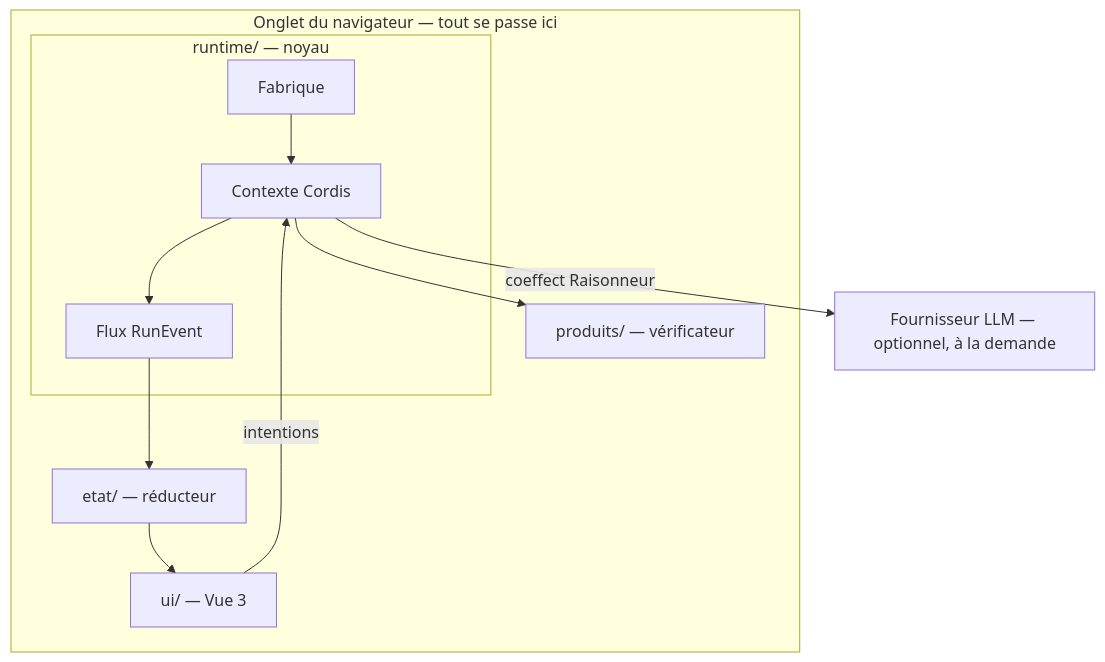
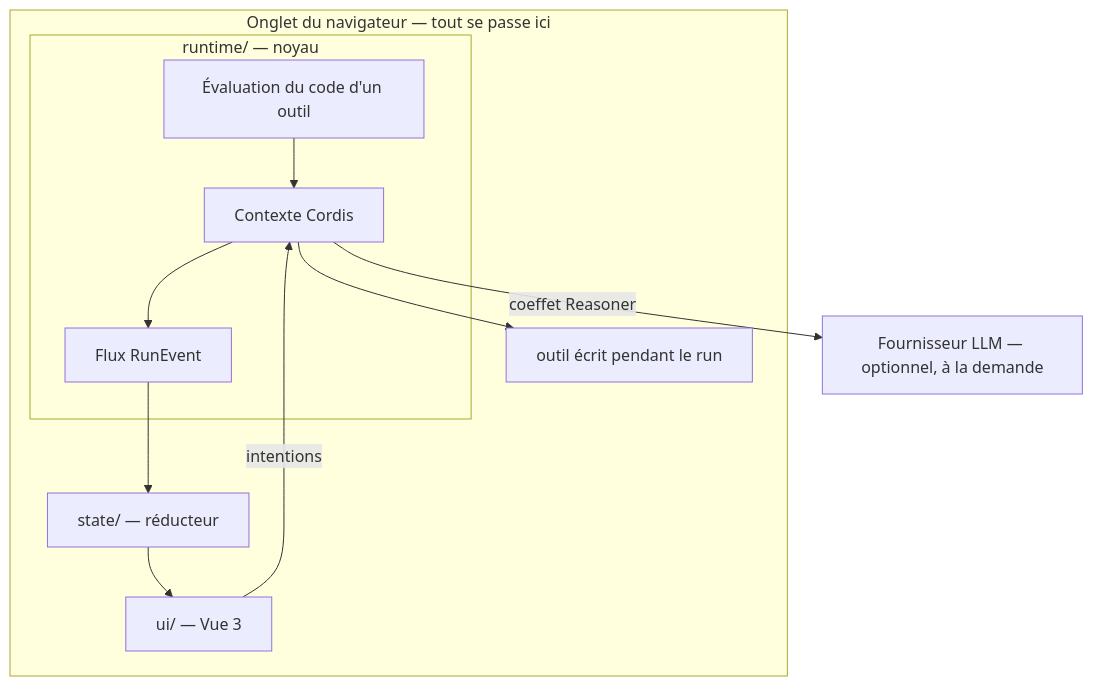
Before and after one commit to guillaume-flambard/usine: the second of 5 diagrams in _bmad-output/planning-artifacts/architecture/architecture-usine-2026-08-20/ARCHITECTURE-SPINE.md, drawn with Mermaid. The commit also changed other lines of this file and 2 other files, not shown here.

````diff
--- a/_bmad-output/planning-artifacts/architecture/architecture-usine-2026-08-20/ARCHITECTURE-SPINE.md
+++ b/_bmad-output/planning-artifacts/architecture/architecture-usine-2026-08-20/ARCHITECTURE-SPINE.md
@@ -273,22 +273,22 @@
 ```mermaid
 flowchart TB
   subgraph nav["Onglet du navigateur — tout se passe ici"]
     subgraph coeur["runtime/ — noyau"]
       cordis["Contexte Cordis"]
-      fab["Fabrique"]
+      fab["Évaluation du code d'un outil"]
       flux["Flux RunEvent"]
     end
-    red["etat/ — réducteur"]
+    red["state/ — réducteur"]
     vue["ui/ — Vue 3"]
-    prod["produits/ — vérificateur"]
+    prod["outil écrit pendant le run"]
   end
   fournisseur["Fournisseur LLM — optionnel, à la demande"]
 
   cordis --> flux
   fab --> cordis
   flux --> red
   red --> vue
   vue -->|intentions| cordis
-  cordis -->|coeffect Raisonneur| fournisseur
+  cordis -->|coeffet Reasoner| fournisseur
   cordis --> prod
 ```
````
